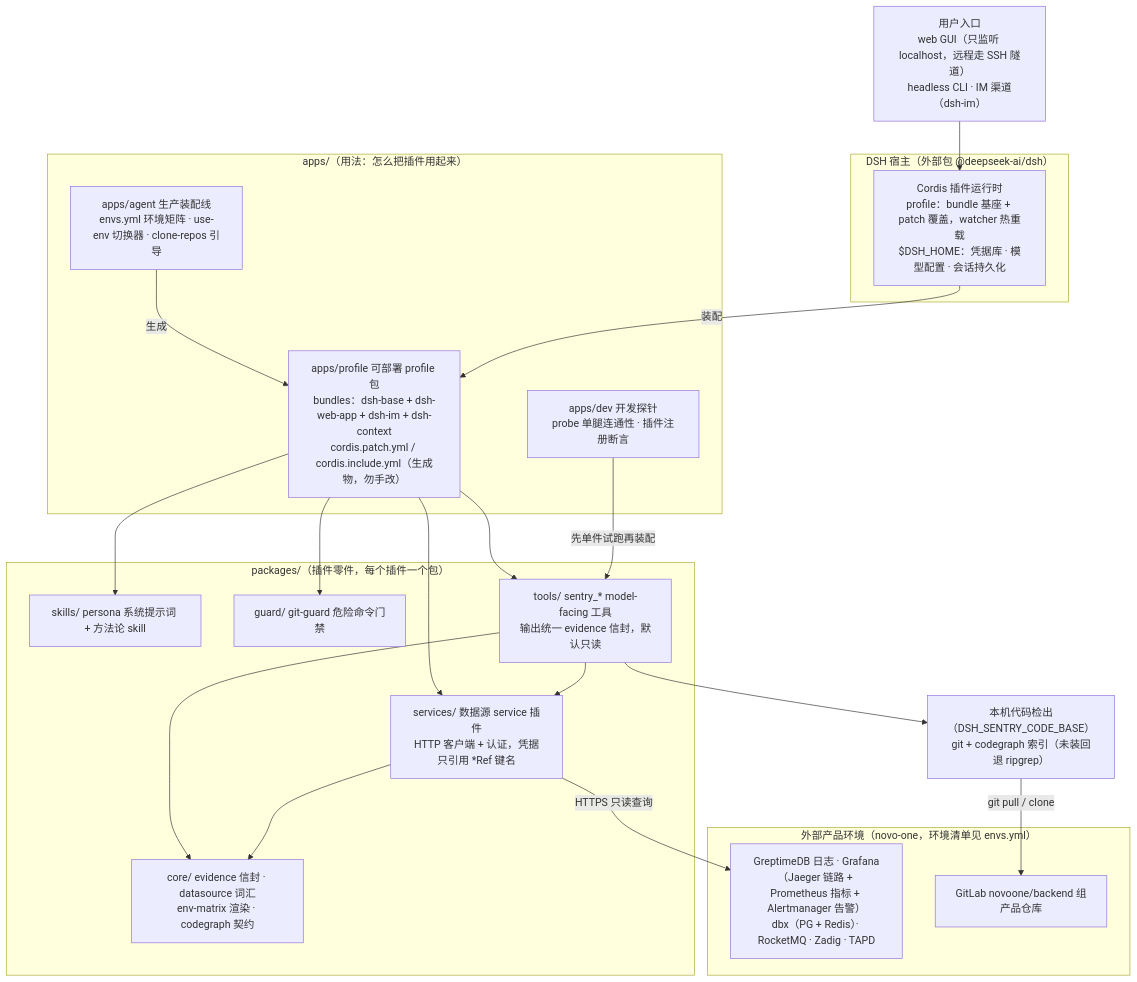
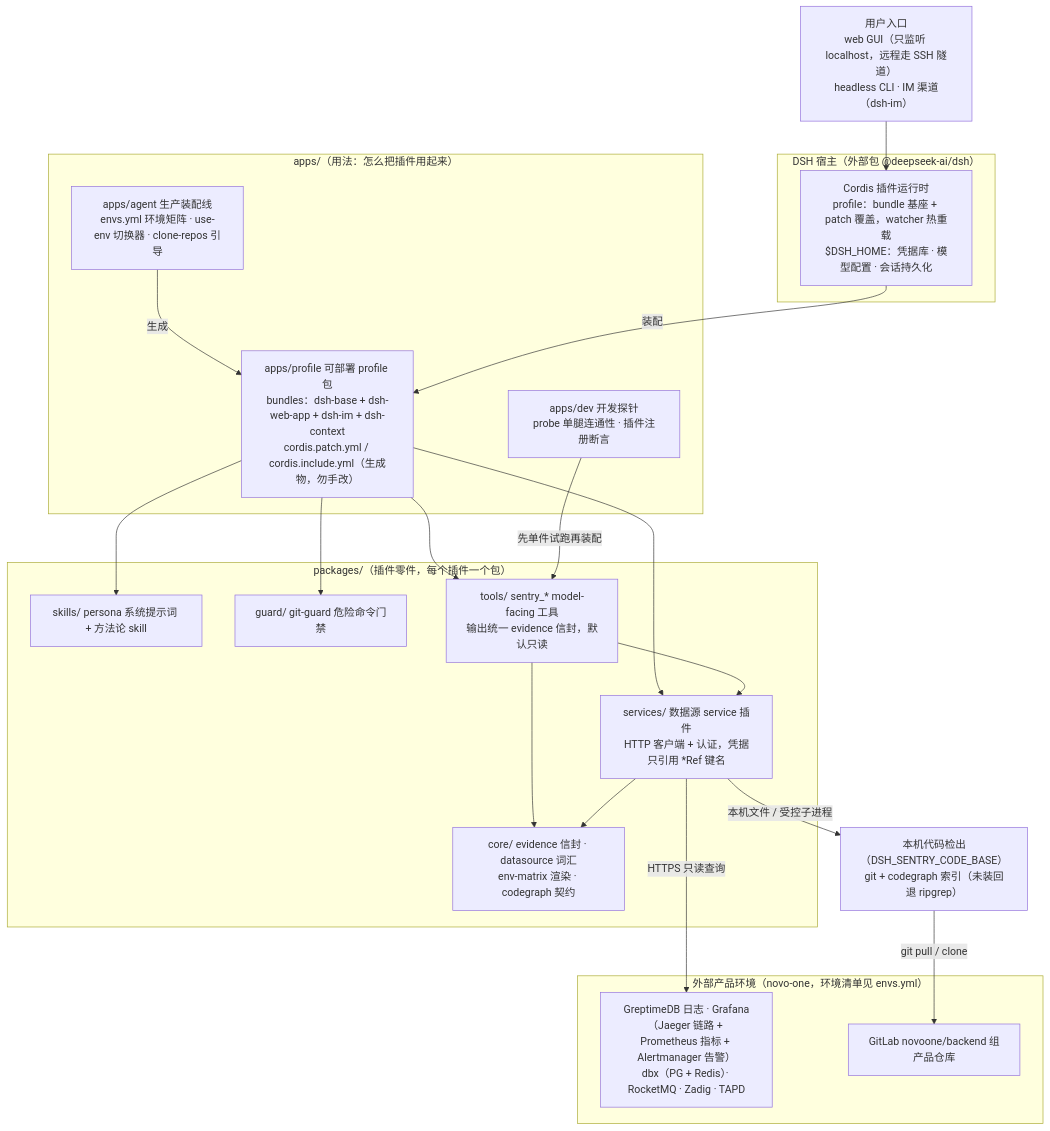
Before and after one commit to lynn-hector/endurance-sage: the first of 3 diagrams in docs/architecture/overview.md, drawn with Mermaid. The commit also changed other lines of this file and 12 other files, not shown here.

````diff
--- a/docs/architecture/overview.md
+++ b/docs/architecture/overview.md
@@ -27,41 +27,41 @@
 ```mermaid
 flowchart TB
     entry["用户入口<br/>web GUI（只监听 localhost，远程走 SSH 隧道）<br/>headless CLI · IM 渠道（dsh-im）"]
 
     subgraph HOST["DSH 宿主（外部包 @deepseek-ai/dsh）"]
         runtime["Cordis 插件运行时<br/>profile：bundle 基座 + patch 覆盖，watcher 热重载<br/>$DSH_HOME：凭据库 · 模型配置 · 会话持久化"]
     end
 
     subgraph APPS["apps/（用法：怎么把插件用起来）"]
         agent["apps/agent 生产装配线<br/>envs.yml 环境矩阵 · use-env 切换器 · clone-repos 引导"]
         profile["apps/profile 可部署 profile 包<br/>bundles：dsh-base + dsh-web-app + dsh-im + dsh-context<br/>cordis.patch.yml / cordis.include.yml（生成物，勿手改）"]
         dev["apps/dev 开发探针<br/>probe 单腿连通性 · 插件注册断言"]
     end
 
     subgraph PLUGINS["packages/（插件零件，每个插件一个包）"]
         skills["skills/ persona 系统提示词 + 方法论 skill"]
         guard["guard/ git-guard 危险命令门禁"]
         tools["tools/ sentry_* model-facing 工具<br/>输出统一 evidence 信封，默认只读"]
         services["services/ 数据源 service 插件<br/>HTTP 客户端 + 认证，凭据只引用 *Ref 键名"]
         core["core/ evidence 信封 · datasource 词汇<br/>env-matrix 渲染 · codegraph 契约"]
     end
 
     subgraph TARGET["外部产品环境（novo-one，环境清单见 envs.yml）"]
         obs["GreptimeDB 日志 · Grafana（Jaeger 链路 + Prometheus 指标 + Alertmanager 告警）<br/>dbx（PG + Redis）· RocketMQ · Zadig · TAPD"]
         gitlab["GitLab novoone/backend 组产品仓库"]
     end
 
     local["本机代码检出（DSH_SENTRY_CODE_BASE）<br/>git + codegraph 索引（未装回退 ripgrep）"]
 
     entry --> runtime
     agent -->|生成| profile
     runtime -->|装配| profile
     profile --> skills & guard & tools & services
     tools --> services
     tools --> core
     services --> core
     services -->|HTTPS 只读查询| obs
-    tools --> local
+    services -->|本机文件 / 受控子进程| local
     local -->|git pull / clone| gitlab
     dev -->|先单件试跑再装配| tools
 ```
````
